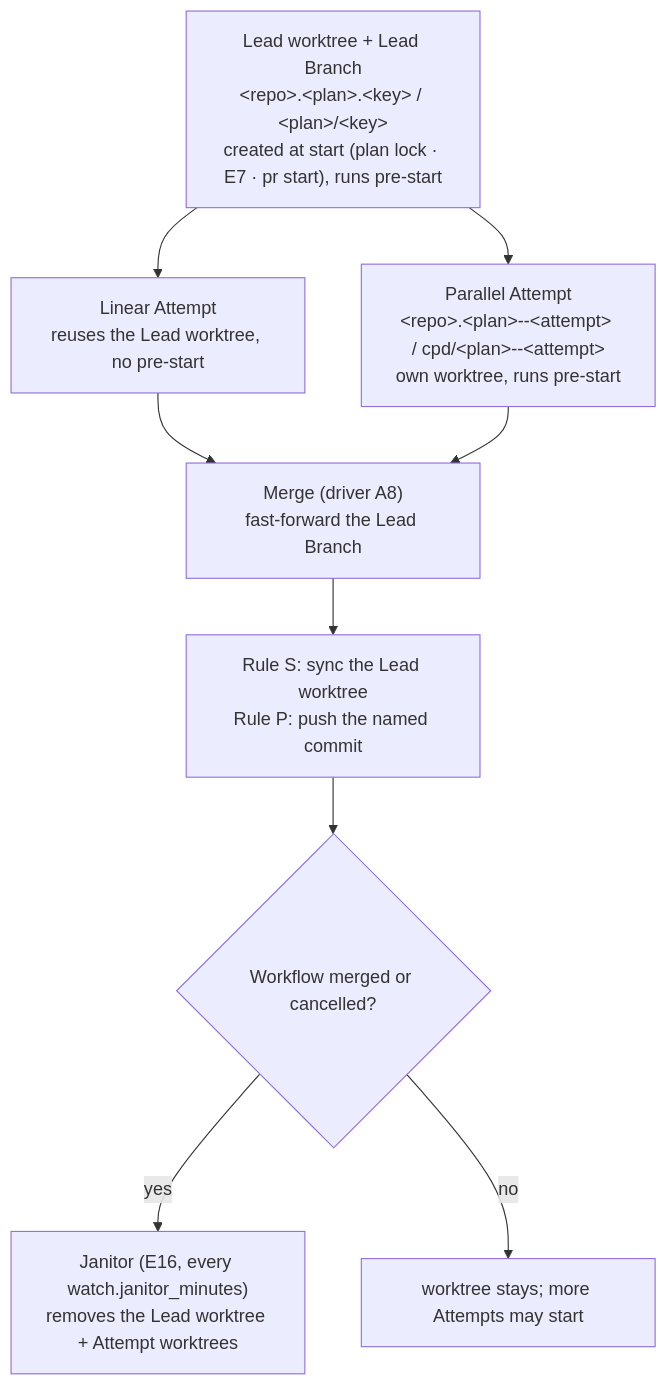
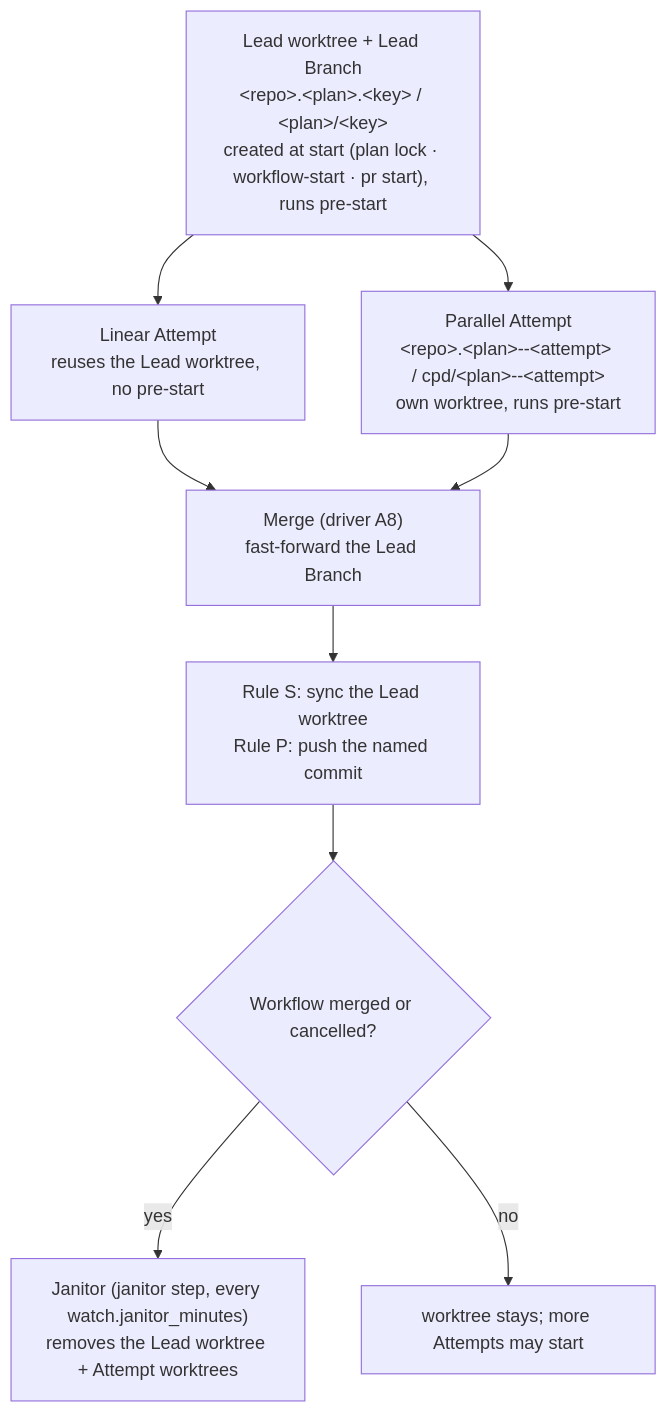
One commit to clayton-duarte/cpd changed the diagram in docs/architecture/workspace.md. Above: the diagram before and after it, drawn with Mermaid. The commit also changed other lines of this file and 23 other files, not shown here.

````diff
--- a/docs/architecture/workspace.md
+++ b/docs/architecture/workspace.md
@@ -66,11 +66,11 @@
 ```mermaid
 flowchart TD
-  L["Lead worktree + Lead Branch<br/>&lt;repo&gt;.&lt;plan&gt;.&lt;key&gt; / &lt;plan&gt;/&lt;key&gt;<br/>created at start (plan lock · E7 · pr start), runs pre-start"] --> LIN["Linear Attempt<br/>reuses the Lead worktree, no pre-start"]
+  L["Lead worktree + Lead Branch<br/>&lt;repo&gt;.&lt;plan&gt;.&lt;key&gt; / &lt;plan&gt;/&lt;key&gt;<br/>created at start (plan lock · workflow-start · pr start), runs pre-start"] --> LIN["Linear Attempt<br/>reuses the Lead worktree, no pre-start"]
   L --> PAR["Parallel Attempt<br/>&lt;repo&gt;.&lt;plan&gt;--&lt;attempt&gt; / cpd/&lt;plan&gt;--&lt;attempt&gt;<br/>own worktree, runs pre-start"]
   LIN --> MERGE["Merge (driver A8)<br/>fast-forward the Lead Branch"]
   PAR --> MERGE
   MERGE --> SYNC["Rule S: sync the Lead worktree<br/>Rule P: push the named commit"]
   SYNC --> DONE{"Workflow merged or cancelled?"}
-  DONE -->|"yes"| JAN["Janitor (E16, every watch.janitor_minutes)<br/>removes the Lead worktree + Attempt worktrees"]
+  DONE -->|"yes"| JAN["Janitor (janitor step, every watch.janitor_minutes)<br/>removes the Lead worktree + Attempt worktrees"]
   DONE -->|"no"| LIVE["worktree stays; more Attempts may start"]
 ```
````
